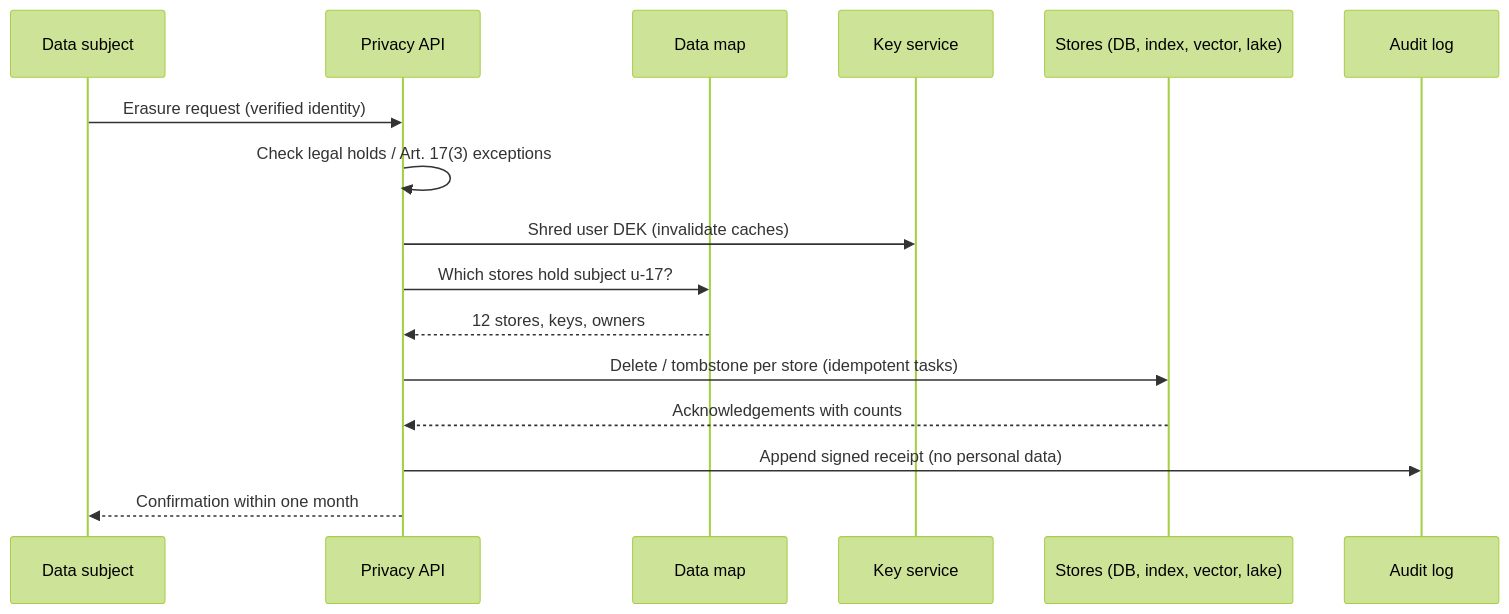
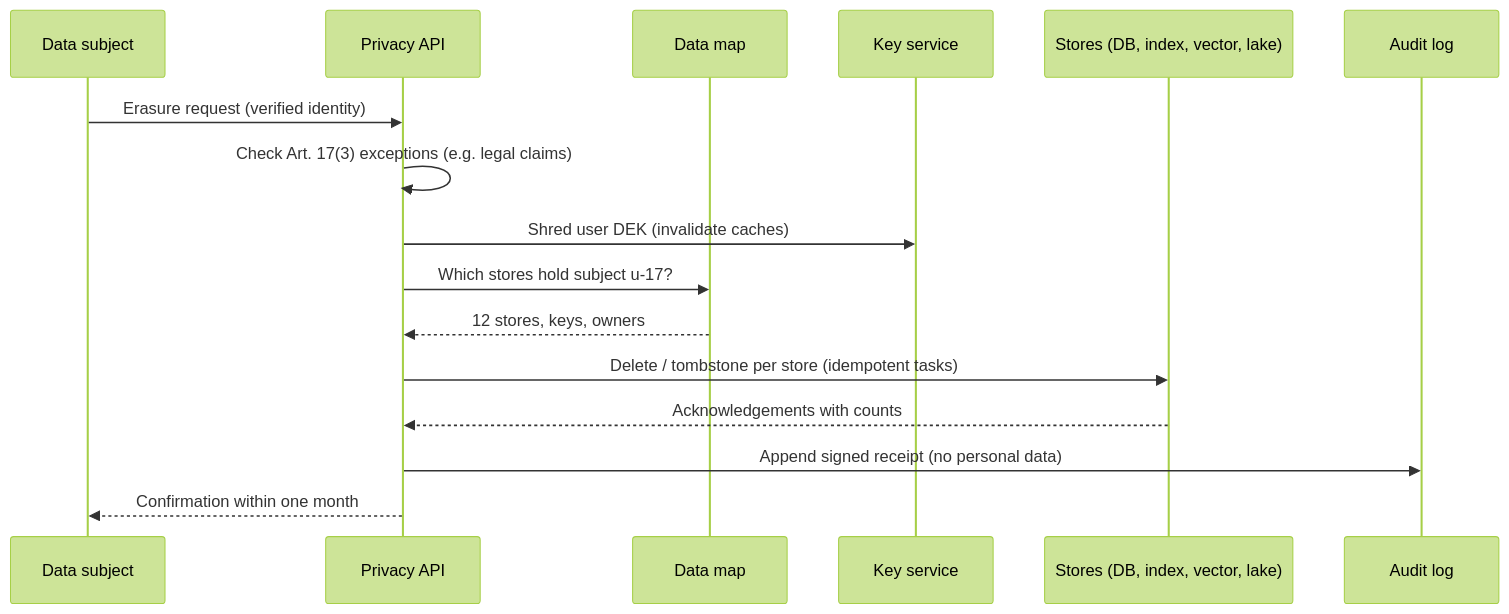
One commit to MSKazemi/system-design-course changed the third of 4 diagrams in course/02-modern-requirements/19-privacy-compliance-sovereignty.md. Above: the diagram before and after it, drawn with Mermaid (forest theme). The commit also changed other lines of this file and 108 other files, not shown here.

````diff
--- a/course/02-modern-requirements/19-privacy-compliance-sovereignty.md
+++ b/course/02-modern-requirements/19-privacy-compliance-sovereignty.md
@@ -299,18 +314,18 @@
 ```mermaid
 sequenceDiagram
   participant U as Data subject
   participant P as Privacy API
   participant M as Data map
   participant K as Key service
   participant S as Stores (DB, index, vector, lake)
   participant A as Audit log
   U->>P: Erasure request (verified identity)
-  P->>P: Check legal holds / Art. 17(3) exceptions
+  P->>P: Check Art. 17(3) exceptions (e.g. legal claims)
   P->>K: Shred user DEK (invalidate caches)
   P->>M: Which stores hold subject u-17?
   M-->>P: 12 stores, keys, owners
   P->>S: Delete / tombstone per store (idempotent tasks)
   S-->>P: Acknowledgements with counts
   P->>A: Append signed receipt (no personal data)
   P-->>U: Confirmation within one month
 ```
````
